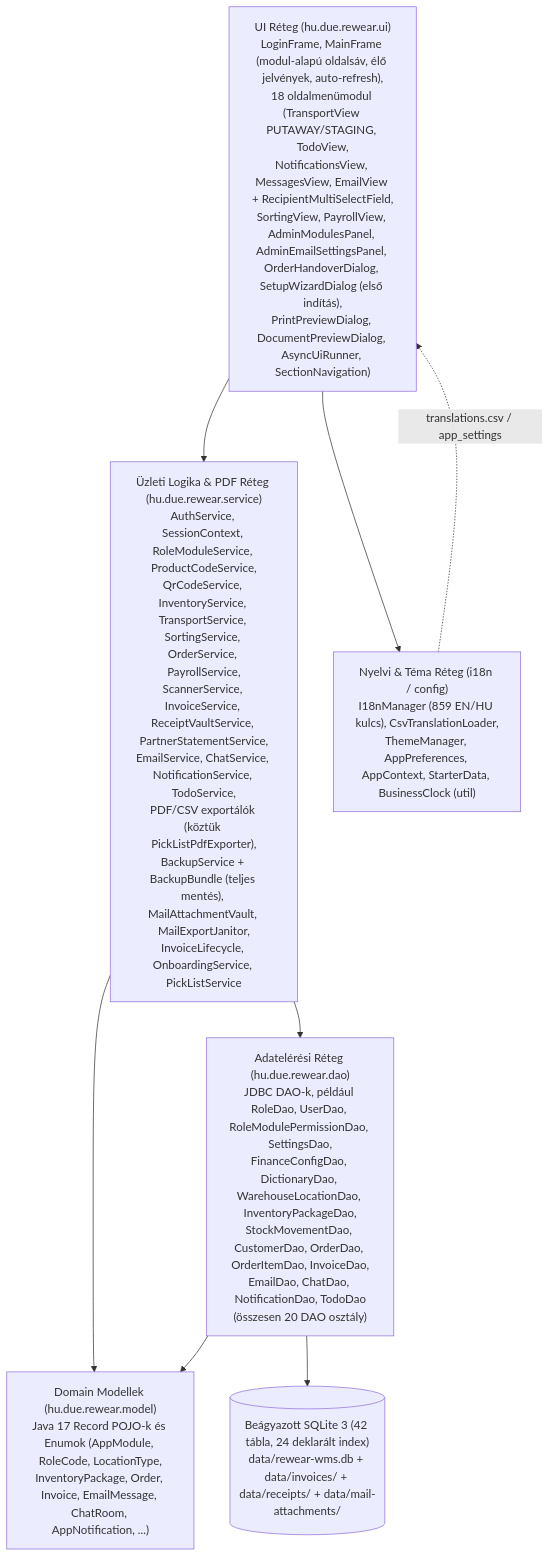
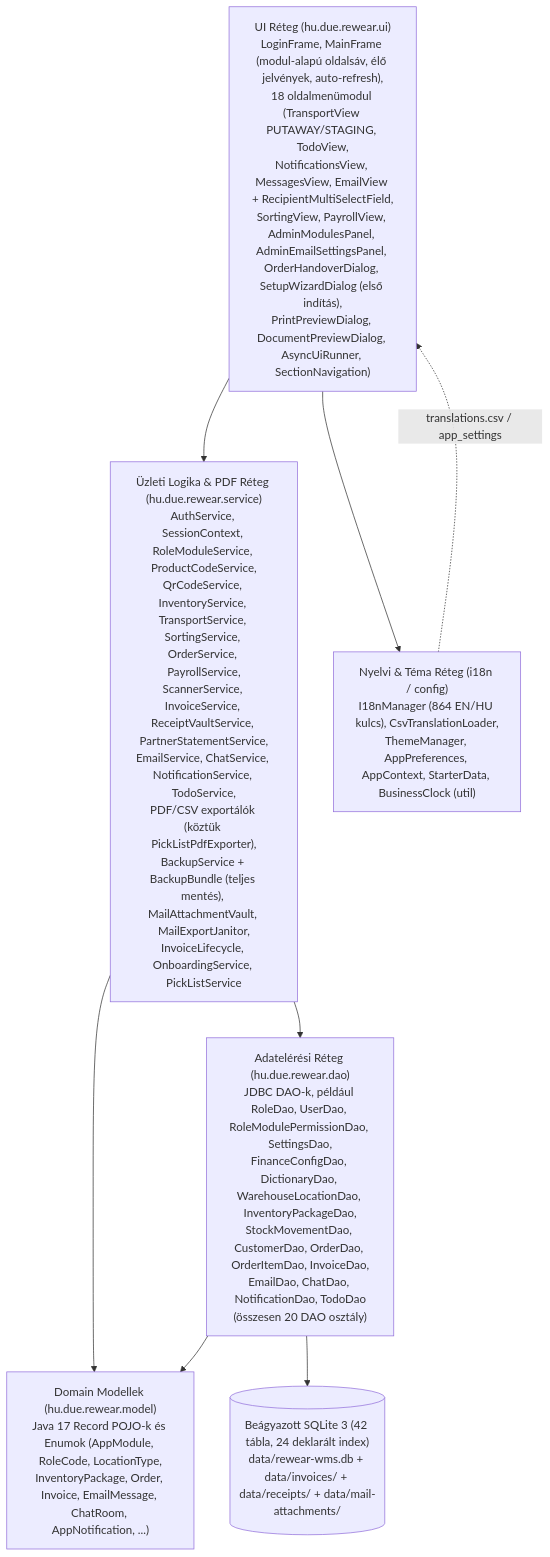
One commit to attilaczudor/due-prog-03 changed the first of 8 diagrams in docs/Programterv.md. Above: the diagram before and after it, drawn with Mermaid. The commit also changed other lines of this file and 26 other files, not shown here.

````diff
--- a/docs/Programterv.md
+++ b/docs/Programterv.md
@@ -11,17 +11,17 @@
 ```mermaid
 flowchart TD
     UI["UI Réteg (hu.due.rewear.ui)<br/>LoginFrame, MainFrame (modul-alapú oldalsáv, élő jelvények, auto-refresh),<br/>18 oldalmenümodul (TransportView PUTAWAY/STAGING, TodoView,<br/>NotificationsView, MessagesView, EmailView + RecipientMultiSelectField,<br/>SortingView, PayrollView, AdminModulesPanel, AdminEmailSettingsPanel, OrderHandoverDialog, SetupWizardDialog (első indítás),<br/>PrintPreviewDialog, DocumentPreviewDialog, AsyncUiRunner, SectionNavigation)"]
     SVC["Üzleti Logika & PDF Réteg (hu.due.rewear.service)<br/>AuthService, SessionContext, RoleModuleService, ProductCodeService,<br/>QrCodeService, InventoryService, TransportService, SortingService, OrderService, PayrollService,<br/>ScannerService, InvoiceService, ReceiptVaultService, PartnerStatementService,<br/>EmailService, ChatService, NotificationService, TodoService,<br/>PDF/CSV exportálók (köztük PickListPdfExporter),<br/>BackupService + BackupBundle (teljes mentés), MailAttachmentVault, MailExportJanitor,<br/>InvoiceLifecycle, OnboardingService, PickListService"]
-    I18N["Nyelvi & Téma Réteg (i18n / config)<br/>I18nManager (859 EN/HU kulcs), CsvTranslationLoader,<br/>ThemeManager, AppPreferences, AppContext, StarterData, BusinessClock (util)"]
+    I18N["Nyelvi & Téma Réteg (i18n / config)<br/>I18nManager (864 EN/HU kulcs), CsvTranslationLoader,<br/>ThemeManager, AppPreferences, AppContext, StarterData, BusinessClock (util)"]
     DAO["Adatelérési Réteg (hu.due.rewear.dao)<br/>JDBC DAO-k, például RoleDao, UserDao, RoleModulePermissionDao, SettingsDao,<br/>FinanceConfigDao, DictionaryDao, WarehouseLocationDao, InventoryPackageDao,<br/>StockMovementDao, CustomerDao, OrderDao, OrderItemDao, InvoiceDao,<br/>EmailDao, ChatDao, NotificationDao, TodoDao<br/>(összesen 20 DAO osztály)"]
     MODEL["Domain Modellek (hu.due.rewear.model)<br/>Java 17 Record POJO-k és Enumok (AppModule, RoleCode, LocationType,<br/>InventoryPackage, Order, Invoice, EmailMessage, ChatRoom, AppNotification, ...)"]
     DB[("Beágyazott SQLite 3 (42 tábla, 24 deklarált index)<br/>data/rewear-wms.db + data/invoices/ + data/receipts/ + data/mail-attachments/")]
 
     UI --> SVC
     UI --> I18N
     SVC --> DAO
     SVC --> MODEL
     DAO --> MODEL
     DAO --> DB
     I18N -.->|"translations.csv / app_settings"| UI
 ```
````
